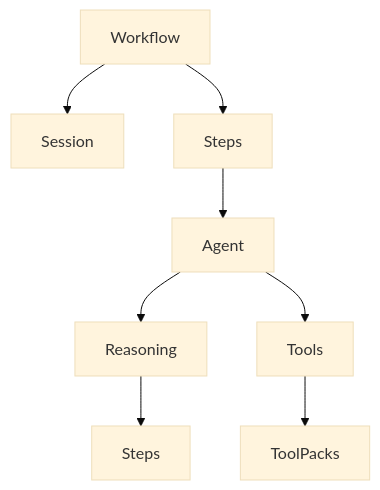
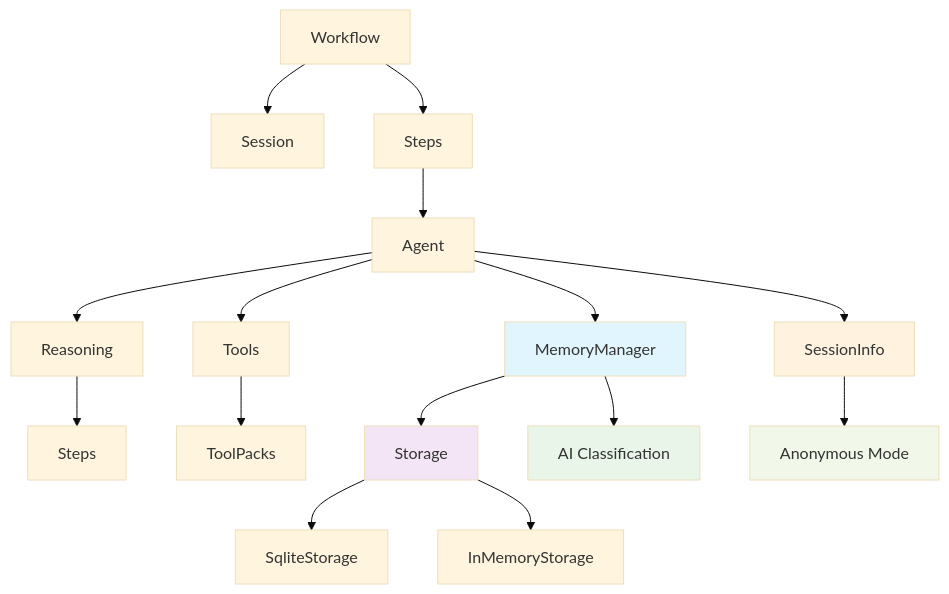
Before and after one commit to petrusje/AgentSharp: the diagram in README.md, drawn with Mermaid (base theme). The commit also changed other lines of this file and 68 other files, not shown here.

````diff
--- a/README.md
+++ b/README.md
@@ -59,10 +111,23 @@
 ```mermaid
 graph TD
     A[Agent] --> B[Reasoning]
     A --> C[Tools]
+    A --> M[MemoryManager]
+    A --> SI[SessionInfo]
     B --> D[Steps]
     C --> E[ToolPacks]
+    M --> S[Storage]
+    S --> SQ[SqliteStorage]
+    S --> IM[InMemoryStorage]
+    M --> AI["AI Classification"]
+    SI --> AN[Anonymous Mode]
     F[Workflow] --> G[Session]
     F --> H[Steps]
     H --> A
+    
+    style M fill:#e1f5fe
+    style S fill:#f3e5f5
+    style AI fill:#e8f5e8
+    style SI fill:#fff3e0
+    style AN fill:#f1f8e9
 ```
````
